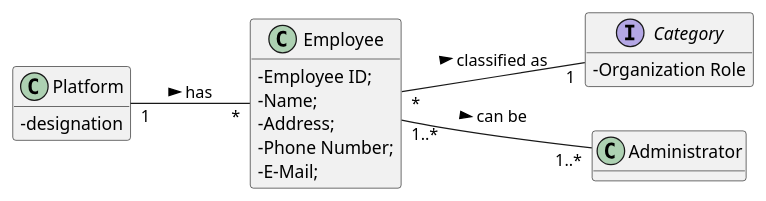
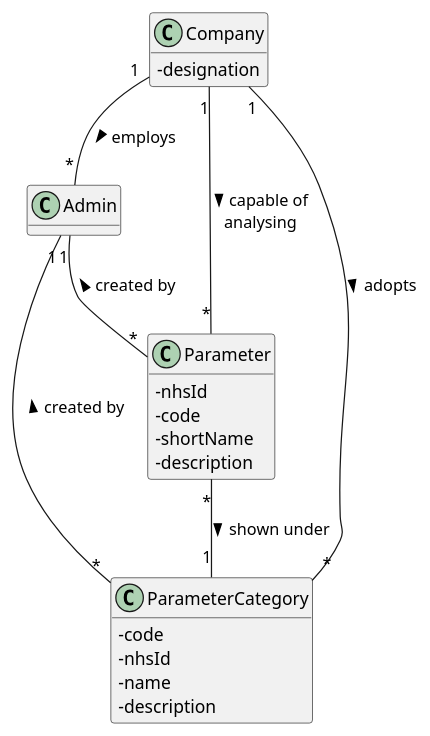
The diagram in docs/SprintB/US11/UC11_MD.puml (GuilhermeCunha79/lapr2), drawn with PlantUML before and after one commit. The commit also changed 10 other files, not shown here.

```diff
--- a/docs/SprintB/US11/UC11_MD.puml
+++ b/docs/SprintB/US11/UC11_MD.puml
@@ -1,32 +1,39 @@
 @startuml
+
 hide methods
-left to right direction
+
 skinparam classAttributeIconSize 0
 
 
-class Platform {
+class Company {
   -designation
 }
 
-class Employee {
-	-Employee ID;
-	-Name;
-	-Address;
-	-Phone Number;
-	-E-Mail;
-	-Standard Occupational Classification (SOC) code.
+class Admin{
 }
 
-interface Category {
-  -Organization Role
+class Parameter{
+    -nhsId
+    -code
+    -shortName
+    -description
 }
 
+class ParameterCategory{
+    -code
+    -nhsId
+    -name
+    -description
+}
 
+Company"1" -- "*"Admin :> employs
+Company"1" -- "*"Parameter :> capable of \nanalysing
+Company"1" -- "*"ParameterCategory :> adopts
+Admin"1" -- "*"Parameter :< created by
+Parameter"*" -- "1"ParameterCategory :> shown under
+Admin"1" -- "*"ParameterCategory :< created by
 
-Platform "1" -- "*" Employee : has >
-Employee "*" -- "1" Category: classified as >
-Employee "1..*" -- "1..*" Administrator: can be >
 
 
 
 @enduml
```
